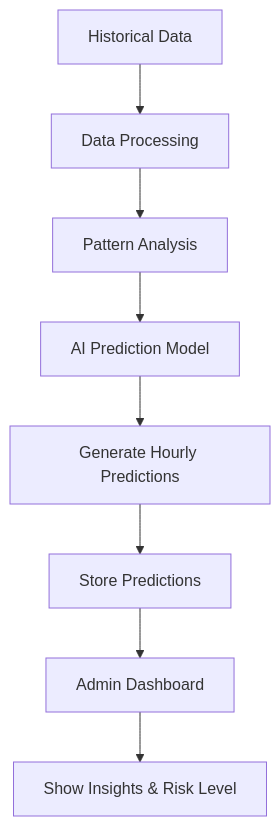
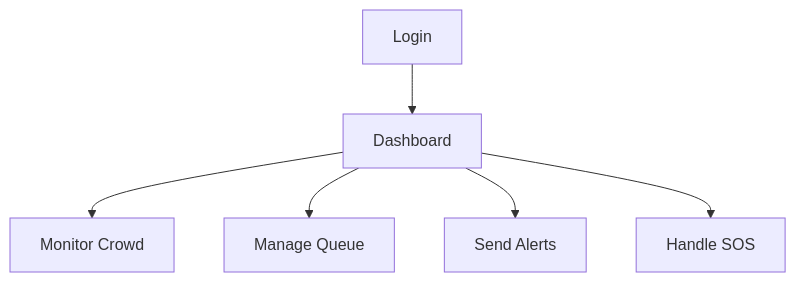
Before and after one commit to vanshrajputcodes/Flowsense: the ninth of 13 diagrams in README.md, drawn with Mermaid. The commit also changed other lines of this file, not shown here.

````diff
--- a/README.md
+++ b/README.md
@@ -132,12 +175,8 @@
 ```mermaid
 flowchart TD
-    A[Historical Data] --> B[Data Processing]
-    B --> C[Pattern Analysis]
-    C --> D[AI Prediction Model]
-
-    D --> E[Generate Hourly Predictions]
-    E --> F[Store Predictions]
-
-    F --> G[Admin Dashboard]
-    G --> H[Show Insights & Risk Level]
+    A[Login] --> B[Dashboard]
+    B --> C[Monitor Crowd]
+    B --> D[Manage Queue]
+    B --> E[Send Alerts]
+    B --> F[Handle SOS]
 ```
````
